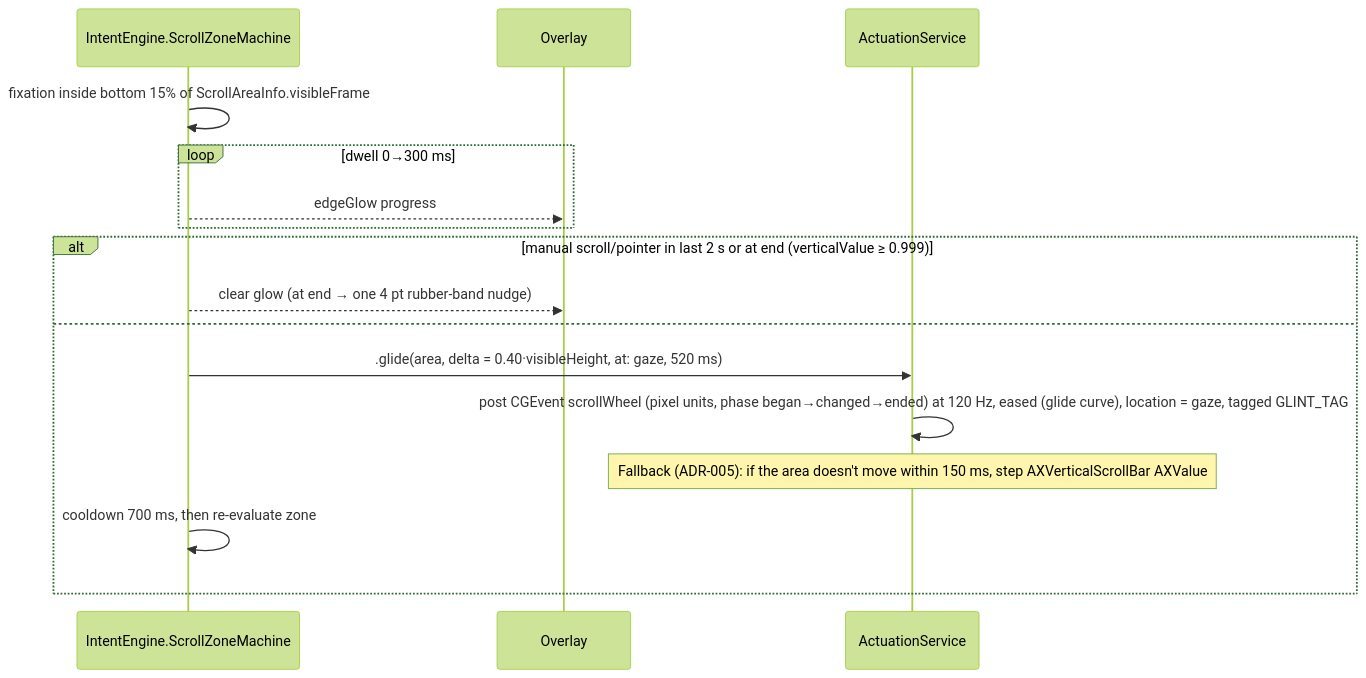
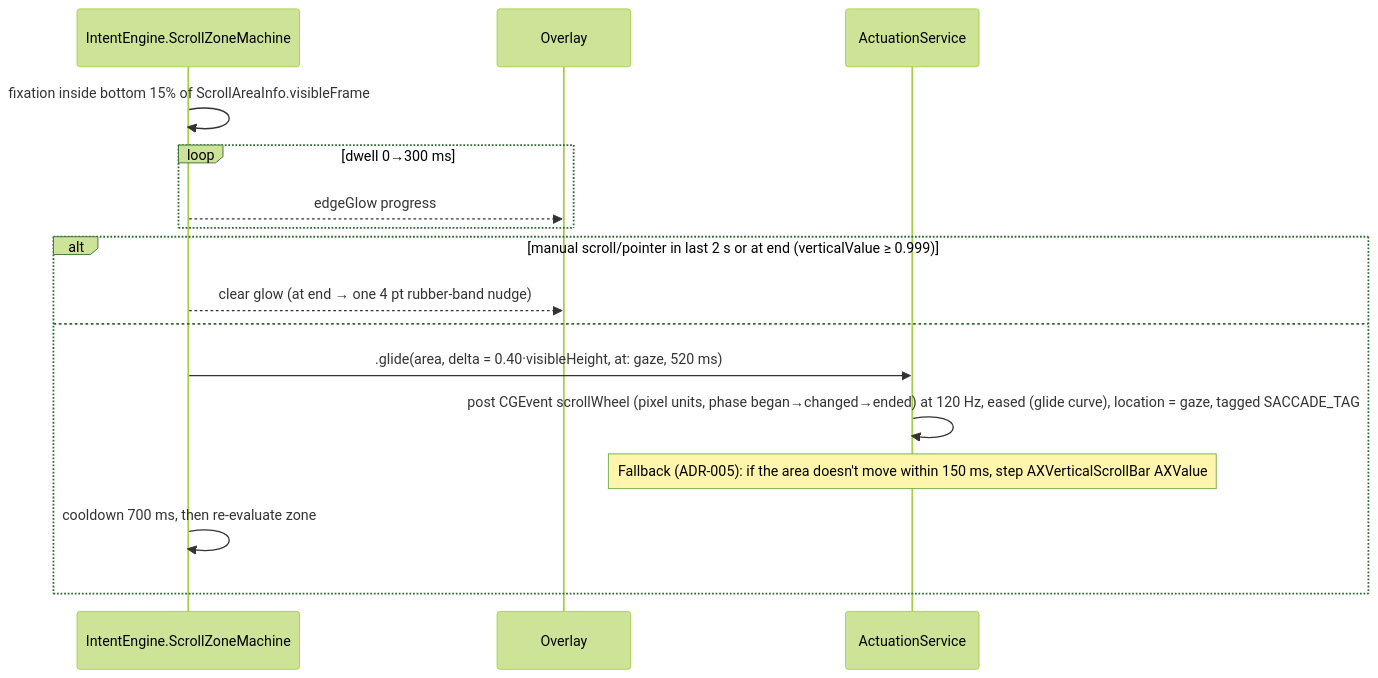
One commit to rayhankhilji/glint changed the fifth of 7 diagrams in ARCHITECTURE.md. Above: the diagram before and after it, drawn with Mermaid (forest theme). The commit also changed other lines of this file and 185 other files, not shown here.

First line of the commit message:
chore: rebrand Glint to Saccade

````diff
--- a/ARCHITECTURE.md
+++ b/ARCHITECTURE.md
@@ -415,18 +415,18 @@
 ```mermaid
 sequenceDiagram
   participant E as IntentEngine.ScrollZoneMachine
   participant O as Overlay
   participant Act as ActuationService
   E->>E: fixation inside bottom 15% of ScrollAreaInfo.visibleFrame
   loop dwell 0→300 ms
     E-->>O: edgeGlow progress
   end
   alt manual scroll/pointer in last 2 s or at end (verticalValue ≥ 0.999)
     E-->>O: clear glow (at end → one 4 pt rubber-band nudge)
   else
     E->>Act: .glide(area, delta = 0.40·visibleHeight, at: gaze, 520 ms)
-    Act->>Act: post CGEvent scrollWheel (pixel units, phase began→changed→ended) at 120 Hz, eased (glide curve), location = gaze, tagged GLINT_TAG
+    Act->>Act: post CGEvent scrollWheel (pixel units, phase began→changed→ended) at 120 Hz, eased (glide curve), location = gaze, tagged SACCADE_TAG
     Note over Act: Fallback (ADR-005): if the area doesn't move within 150 ms, step AXVerticalScrollBar AXValue
     E->>E: cooldown 700 ms, then re-evaluate zone
   end
 ```
````
